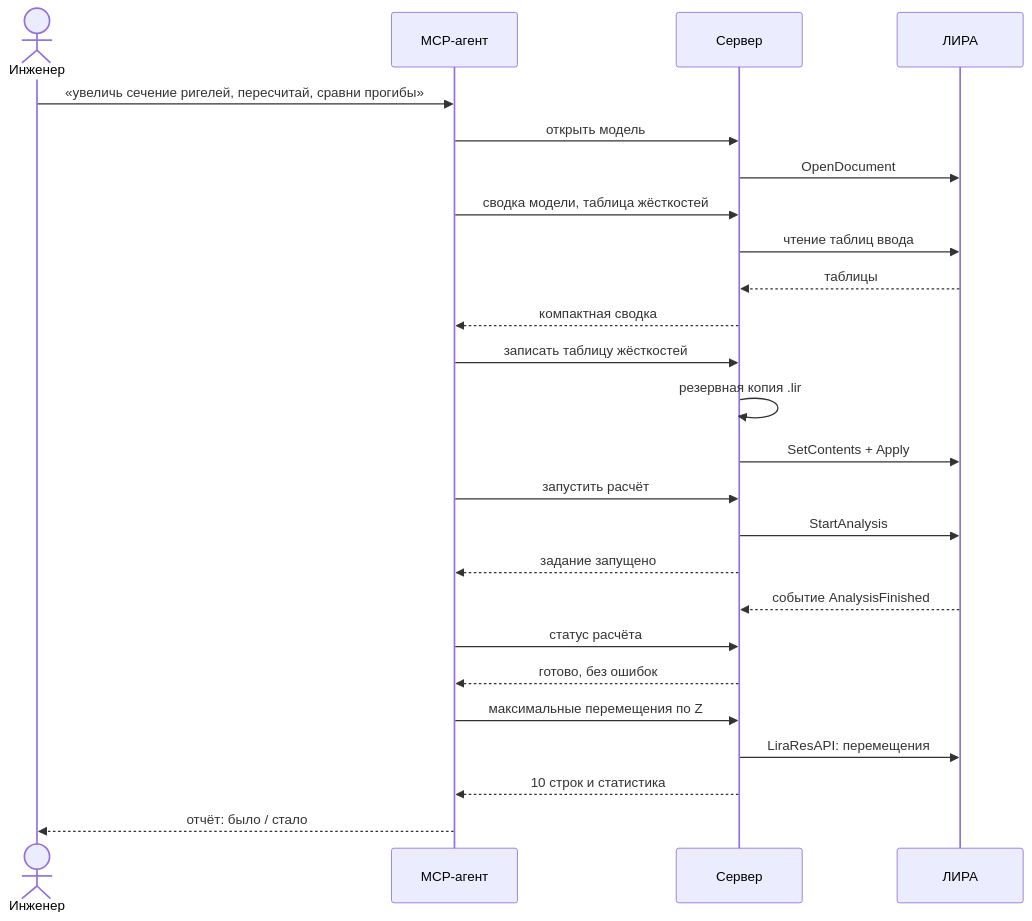
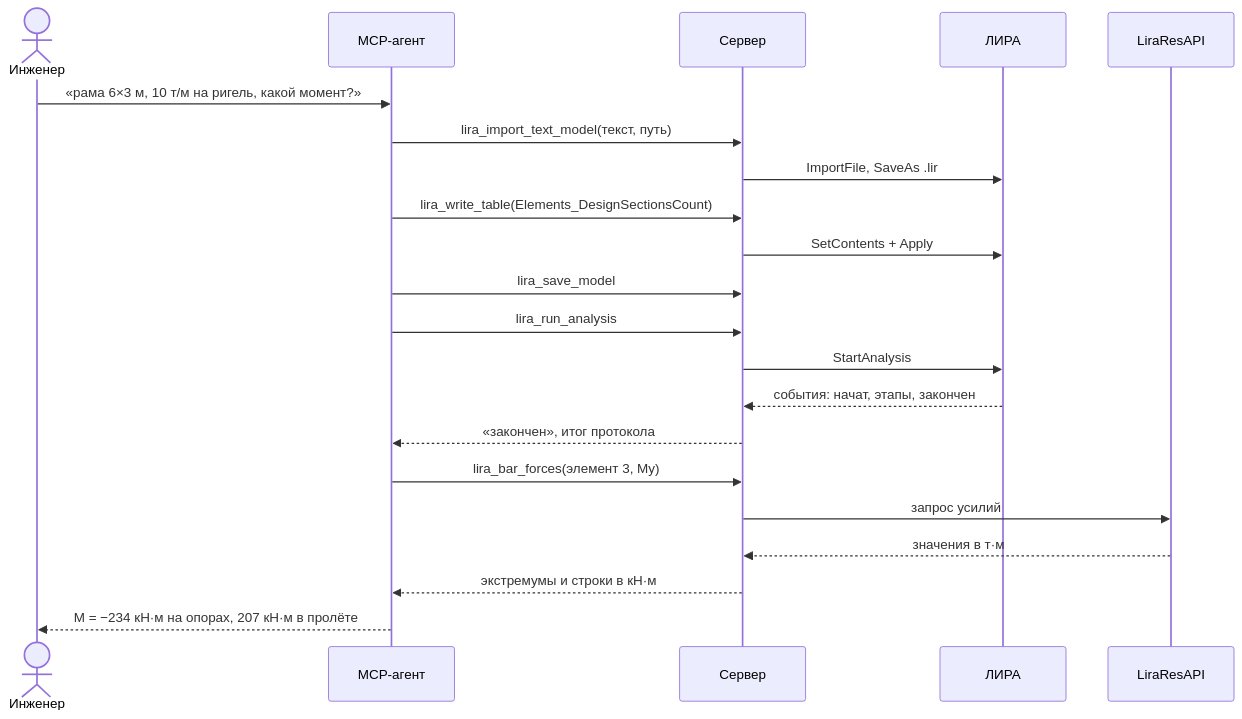
Before and after one commit to EvgenVer/lira-sapr-mcp: the diagram in docs/flows/main-scenario.md, drawn with Mermaid. The commit also changed other lines of this file and 9 other files, not shown here.

First line of the commit message:
Document stage 1 as built: server, main flow, operations

````diff
--- a/docs/flows/main-scenario.md
+++ b/docs/flows/main-scenario.md
@@ -12,27 +14,23 @@
 ```mermaid
 sequenceDiagram
   actor U as Инженер
   participant A as MCP-агент
   participant S as Сервер
   participant L as ЛИРА
-  U->>A: «увеличь сечение ригелей, пересчитай, сравни прогибы»
-  A->>S: открыть модель
-  S->>L: OpenDocument
-  A->>S: сводка модели, таблица жёсткостей
-  S->>L: чтение таблиц ввода
-  L-->>S: таблицы
-  S-->>A: компактная сводка
-  A->>S: записать таблицу жёсткостей
-  S->>S: резервная копия .lir
+  participant R as LiraResAPI
+  U->>A: «рама 6×3 м, 10 т/м на ригель, какой момент?»
+  A->>S: lira_import_text_model(текст, путь)
+  S->>L: ImportFile, SaveAs .lir
+  A->>S: lira_write_table(Elements_DesignSectionsCount)
   S->>L: SetContents + Apply
-  A->>S: запустить расчёт
+  A->>S: lira_save_model
+  A->>S: lira_run_analysis
   S->>L: StartAnalysis
-  S-->>A: задание запущено
-  L-->>S: событие AnalysisFinished
-  A->>S: статус расчёта
-  S-->>A: готово, без ошибок
-  A->>S: максимальные перемещения по Z
-  S->>L: LiraResAPI: перемещения
-  S-->>A: 10 строк и статистика
-  A-->>U: отчёт: было / стало
+  L-->>S: события: начат, этапы, закончен
+  S-->>A: «закончен», итог протокола
+  A->>S: lira_bar_forces(элемент 3, My)
+  S->>R: запрос усилий
+  R-->>S: значения в т·м
+  S-->>A: экстремумы и строки в кН·м
+  A-->>U: M = −234 кН·м на опорах, 207 кН·м в пролёте
 ```
````
